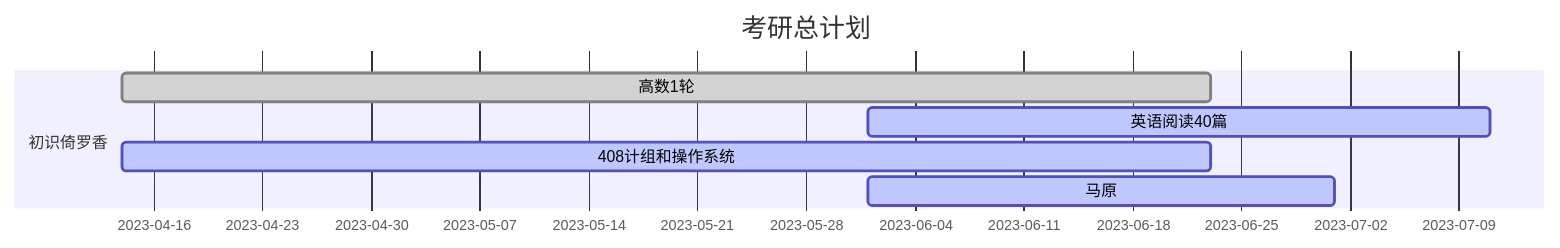
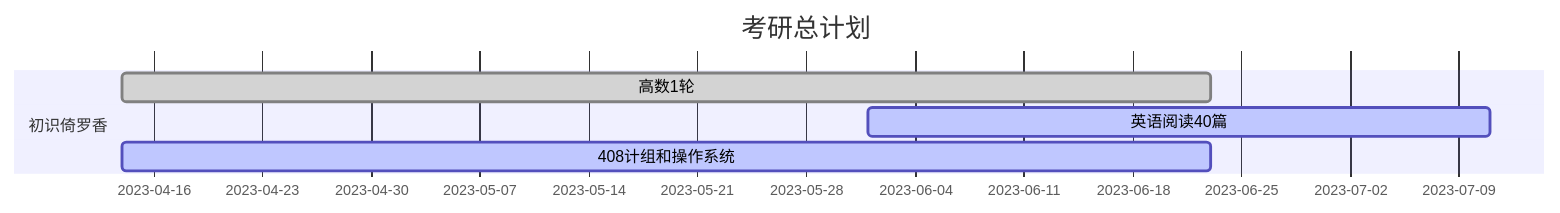
One commit to guohuiyuan/KaoyanPlan changed the diagram in README.md. Above: the diagram before and after it, drawn with Mermaid. The commit also changed other lines of this file and 2 other files, not shown here.

````diff
--- a/README.md
+++ b/README.md
@@ -128,10 +128,9 @@
 ```mermaid
 gantt
 title 考研总计划
 
 section 初识倚罗香
 高数1轮      :done, a1, 2023-04-14, 70d
 英语阅读40篇    :active, a1, 2023-06-01, 40d
 408计组和操作系统       :active, a2, 2023-04-14, 70d
-马原      :active, b1, 2023-06-01, 30d
 ```
````
